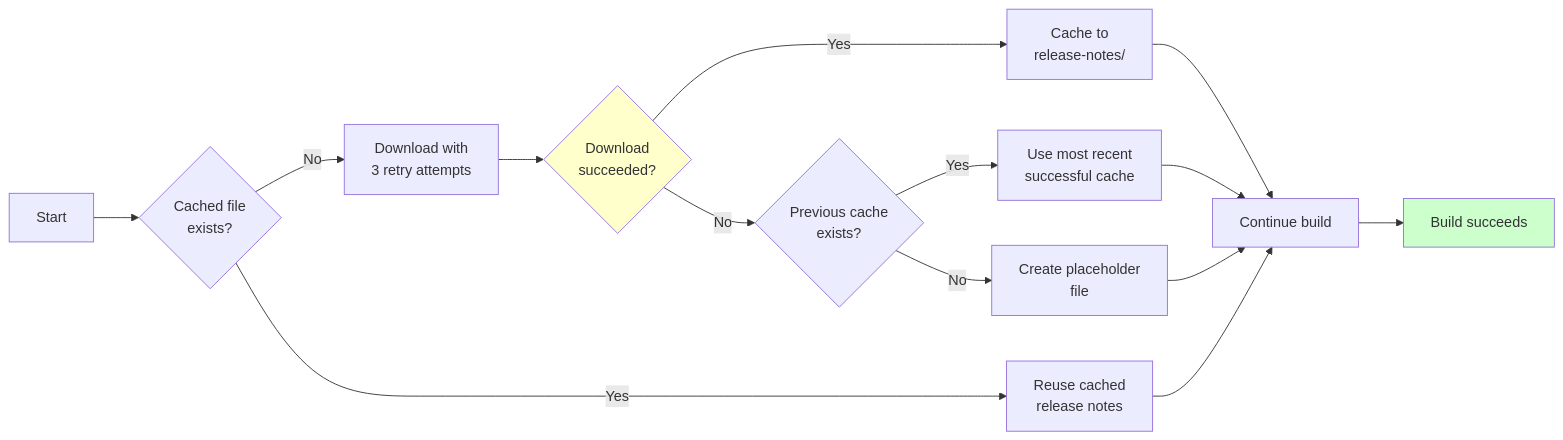
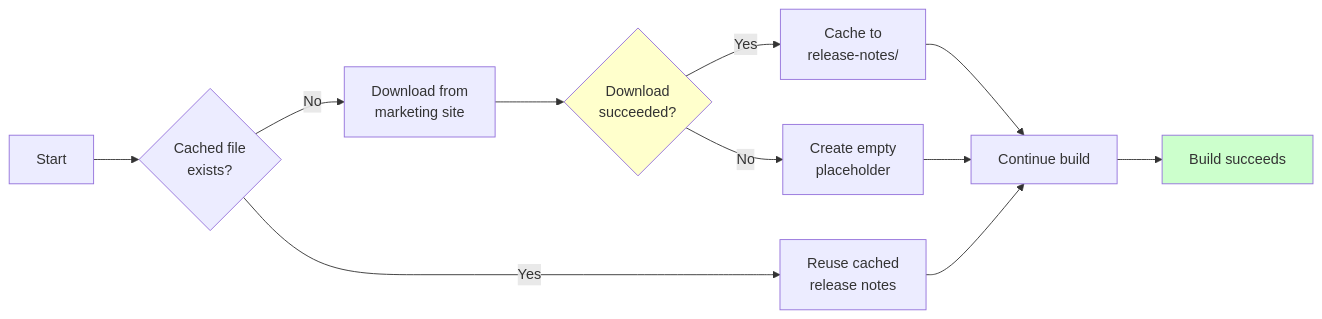
Before and after one commit to yazdipour/jtb-task: the diagram in README.md, drawn with Mermaid. The commit also changed other lines of this file and 8 other files, not shown here.

````diff
--- a/README.md
+++ b/README.md
@@ -44,19 +39,16 @@
 ```mermaid
 flowchart LR
     START[Start] --> CHECK{Cached file<br/>exists?}
     CHECK -->|Yes| REUSE[Reuse cached<br/>release notes]
-    CHECK -->|No| DOWNLOAD[Download with<br/>3 retry attempts]
+    CHECK -->|No| DOWNLOAD[Download from<br/>marketing site]
     DOWNLOAD --> SUCCESS{Download<br/>succeeded?}
     SUCCESS -->|Yes| CACHE[Cache to<br/>release-notes/]
-    SUCCESS -->|No| FALLBACK{Previous cache<br/>exists?}
-    FALLBACK -->|Yes| USEFALLBACK[Use most recent<br/>successful cache]
-    FALLBACK -->|No| PLACEHOLDER[Create placeholder<br/>file]
+    SUCCESS -->|No| EMPTY[Create empty<br/>placeholder]
     CACHE --> BUILD[Continue build]
-    USEFALLBACK --> BUILD
-    PLACEHOLDER --> BUILD
+    EMPTY --> BUILD
     REUSE --> BUILD
     BUILD --> END[Build succeeds]
 
     style SUCCESS fill:#ffffcc
     style END fill:#ccffcc
 ```
````
